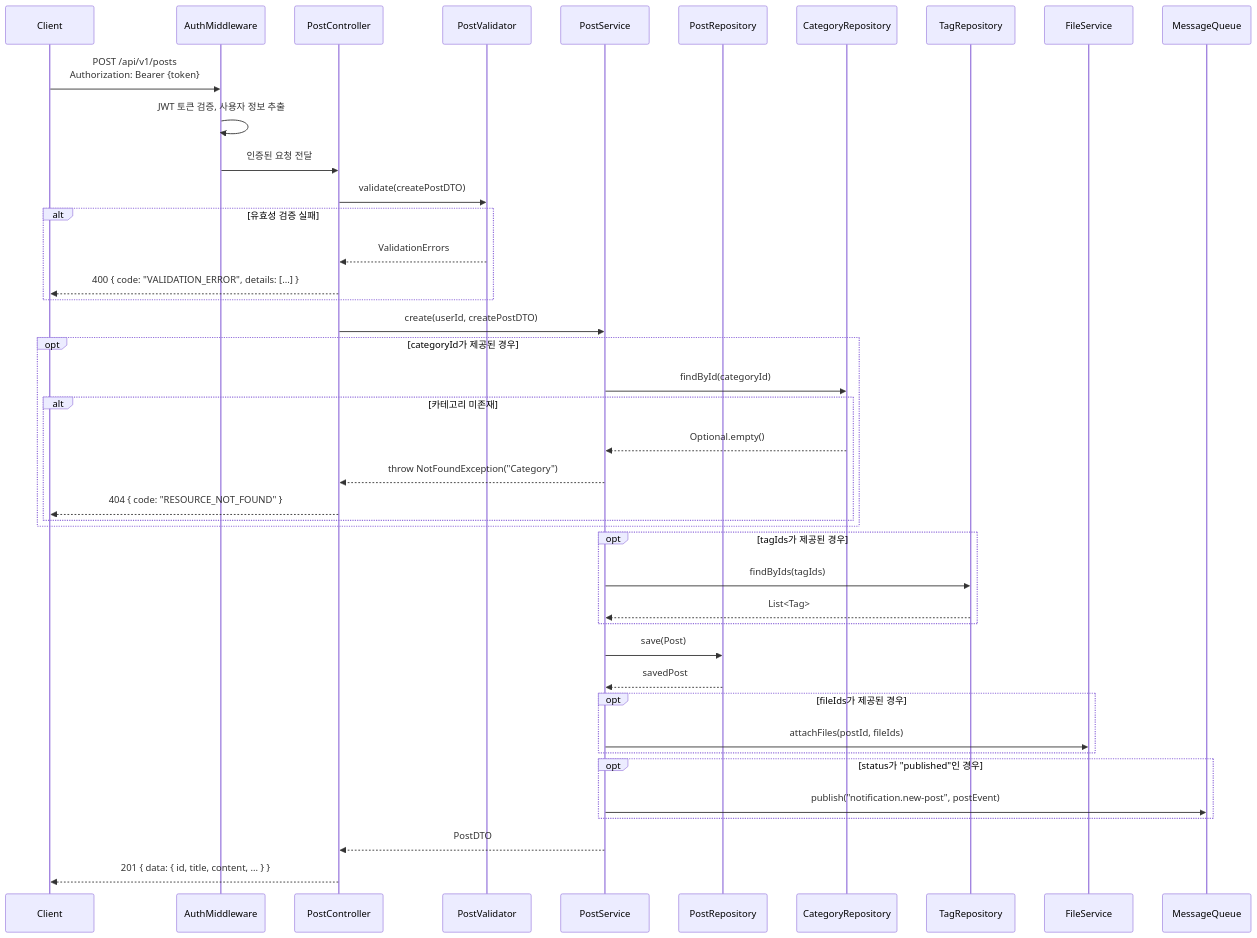
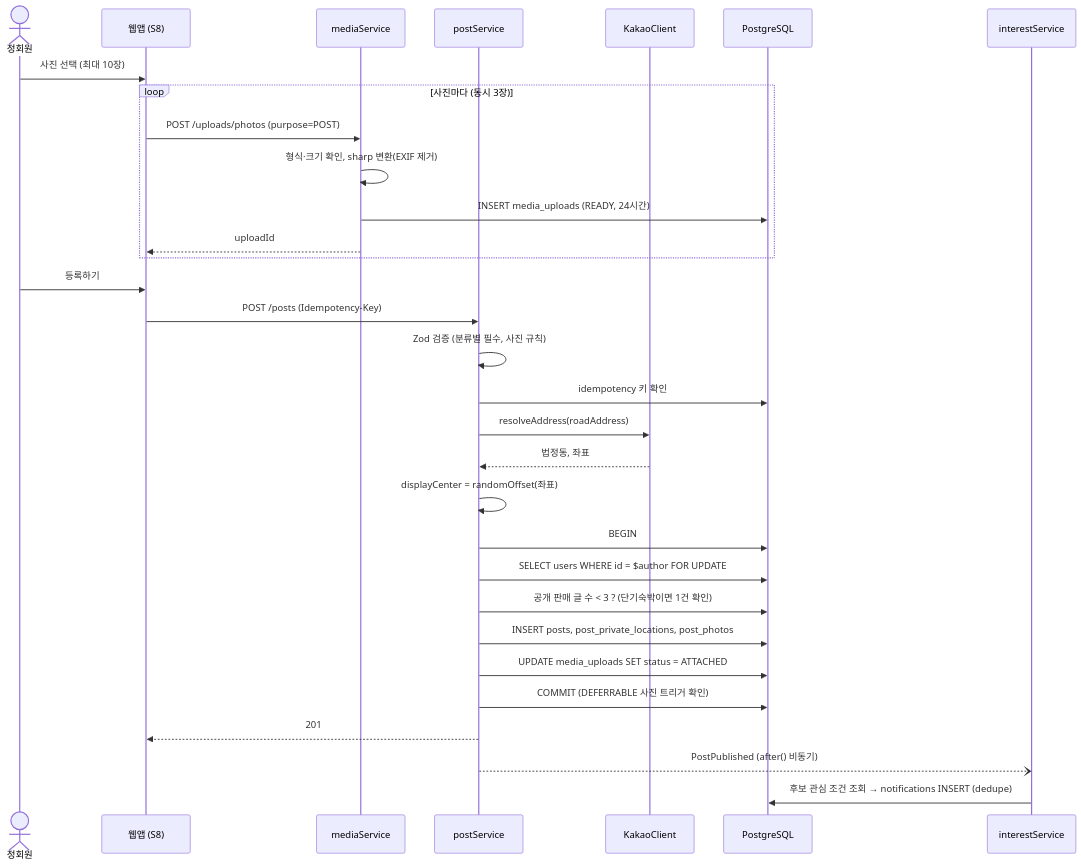
One commit to yuna14742/sookbak-sookbak changed the sixth of 12 diagrams in waterfall/03-상세설계/상세설계서.md. Above: the diagram before and after it, drawn with Mermaid. The commit also changed other lines of this file and 1 other file, not shown here.

````diff
--- a/waterfall/03-상세설계/상세설계서.md
+++ b/waterfall/03-상세설계/상세설계서.md
@@ -448,53 +393,34 @@
 ```mermaid
 sequenceDiagram
-    participant Client
-    participant MW as AuthMiddleware
-    participant Controller as PostController
-    participant Validator as PostValidator
-    participant Service as PostService
-    participant PostRepo as PostRepository
-    participant CatRepo as CategoryRepository
-    participant TagRepo as TagRepository
-    participant FileService as FileService
-    participant MQ as MessageQueue
+    actor U as 정회원
+    participant W as 웹앱 (S8)
+    participant MD as mediaService
+    participant P as postService
+    participant K as KakaoClient
+    participant DB as PostgreSQL
+    participant I as interestService
 
-    Client->>MW: POST /api/v1/posts<br/>Authorization: Bearer {token}
-    MW->>MW: JWT 토큰 검증, 사용자 정보 추출
-    MW->>Controller: 인증된 요청 전달
-
-    Controller->>Validator: validate(createPostDTO)
-    alt 유효성 검증 실패
-        Validator-->>Controller: ValidationErrors
-        Controller-->>Client: 400 { code: "VALIDATION_ERROR", details: [...] }
+    U->>W: 사진 선택 (최대 10장)
+    loop 사진마다 (동시 3장)
+        W->>MD: POST /uploads/photos (purpose=POST)
+        MD->>MD: 형식·크기 확인, sharp 변환(EXIF 제거)
+        MD->>DB: INSERT media_uploads (READY, 24시간)
+        MD-->>W: uploadId
     end
-
-    Controller->>Service: create(userId, createPostDTO)
-
-    opt categoryId가 제공된 경우
-        Service->>CatRepo: findById(categoryId)
-        alt 카테고리 미존재
-            CatRepo-->>Service: Optional.empty()
-            Service-->>Controller: throw NotFoundException("Category")
-            Controller-->>Client: 404 { code: "RESOURCE_NOT_FOUND" }
-        end
-    end
-
-    opt tagIds가 제공된 경우
-        Service->>TagRepo: findByIds(tagIds)
-        TagRepo-->>Service: List<Tag>
-    end
-
-    Service->>PostRepo: save(Post)
-    PostRepo-->>Service: savedPost
-
-    opt fileIds가 제공된 경우
-        Service->>FileService: attachFiles(postId, fileIds)
-    end
-
-    opt status가 "published"인 경우
-        Service->>MQ: publish("notification.new-post", postEvent)
-    end
-
-    Service-->>Controller: PostDTO
-    Controller-->>Client: 201 { data: { id, title, content, ... } }
+    U->>W: 등록하기
+    W->>P: POST /posts (Idempotency-Key)
+    P->>P: Zod 검증 (분류별 필수, 사진 규칙)
+    P->>DB: idempotency 키 확인
+    P->>K: resolveAddress(roadAddress)
+    K-->>P: 법정동, 좌표
+    P->>P: displayCenter = randomOffset(좌표)
+    P->>DB: BEGIN
+    P->>DB: SELECT users WHERE id = $author FOR UPDATE
+    P->>DB: 공개 판매 글 수 < 3 ? (단기숙박이면 1건 확인)
+    P->>DB: INSERT posts, post_private_locations, post_photos
+    P->>DB: UPDATE media_uploads SET status = ATTACHED
+    P->>DB: COMMIT (DEFERRABLE 사진 트리거 확인)
+    P-->>W: 201
+    P--)I: PostPublished (after() 비동기)
+    I->>DB: 후보 관심 조건 조회 → notifications INSERT (dedupe)
 ```
````
